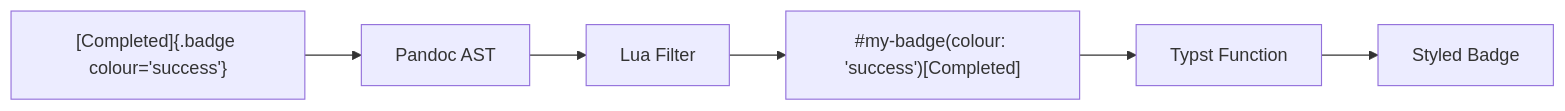
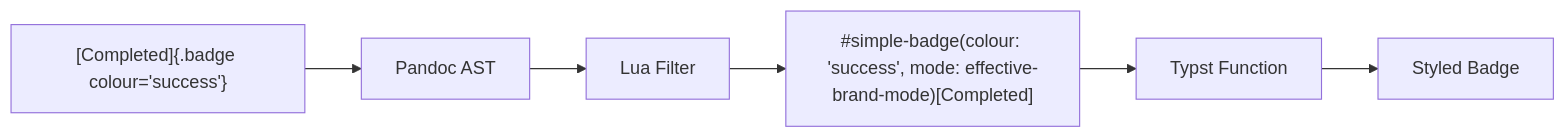
One commit to mcanouil/mickael.canouil.fr changed the diagram in posts/2026-02-27-typst-template-tutorial-part1/index.qmd. Above: the diagram before and after it, drawn with Mermaid. The commit also changed other lines of this file and 1 other file, not shown here.

````diff
--- a/posts/2026-02-27-typst-template-tutorial-part1/index.qmd
+++ b/posts/2026-02-27-typst-template-tutorial-part1/index.qmd
@@ -115,11 +115,11 @@
 ```{mermaid}
 %%| label: fig-bridge
 %%| fig-cap: "The bridge between markdown and Typst."
-%%| fig-alt: "Diagram showing the transformation of markdown syntax `[Completed]{.badge colour='success'}` through Pandoc AST processing by Lua filter into Typst code `#my-badge(colour: 'success')[Completed]` which is then rendered by Typst function into a styled badge component."
+%%| fig-alt: "Diagram showing the transformation of markdown syntax `[Completed]{.badge colour='success'}` through Pandoc AST processing by Lua filter into Typst code `#simple-badge(colour: 'success', mode: effective-brand-mode)[Completed]` which is then rendered by Typst function into a styled badge component."
 flowchart LR
     A["[Completed]{.badge colour='success'}"] --> B[Pandoc AST]
     B --> C[Lua Filter]
-    C --> D["#my-badge(colour: 'success')[Completed]"]
+    C --> D["#simple-badge(colour: 'success', mode: effective-brand-mode)[Completed]"]
     D --> E[Typst Function]
     E --> F[Styled Badge]
 ```
````
